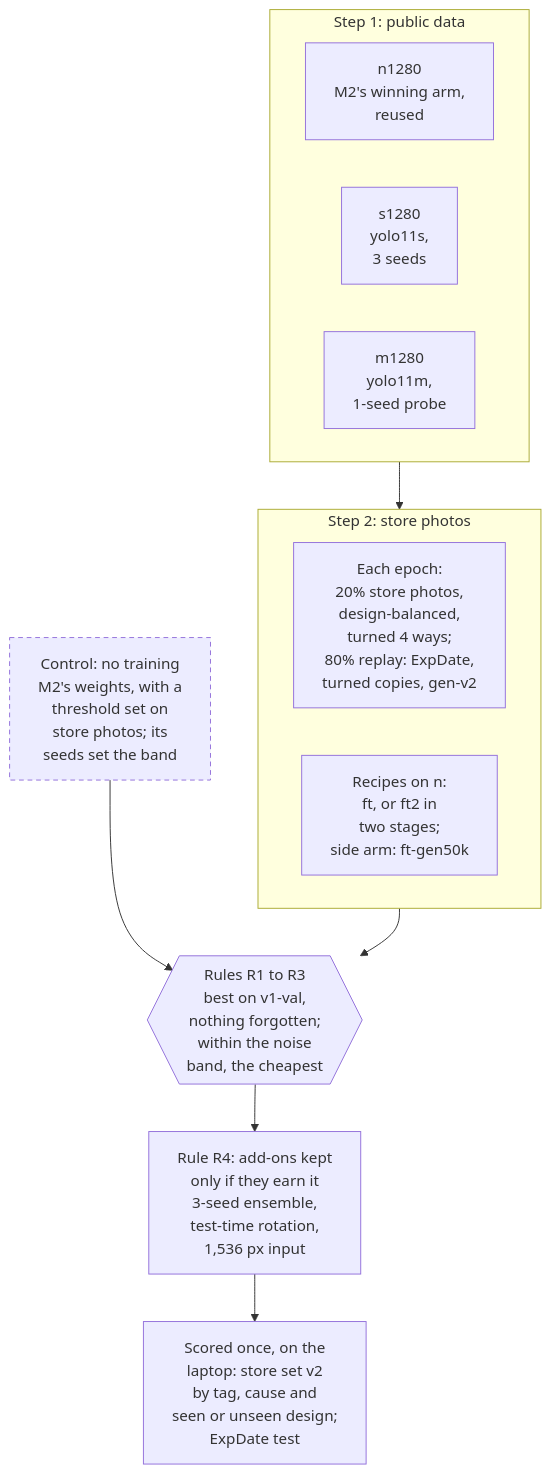
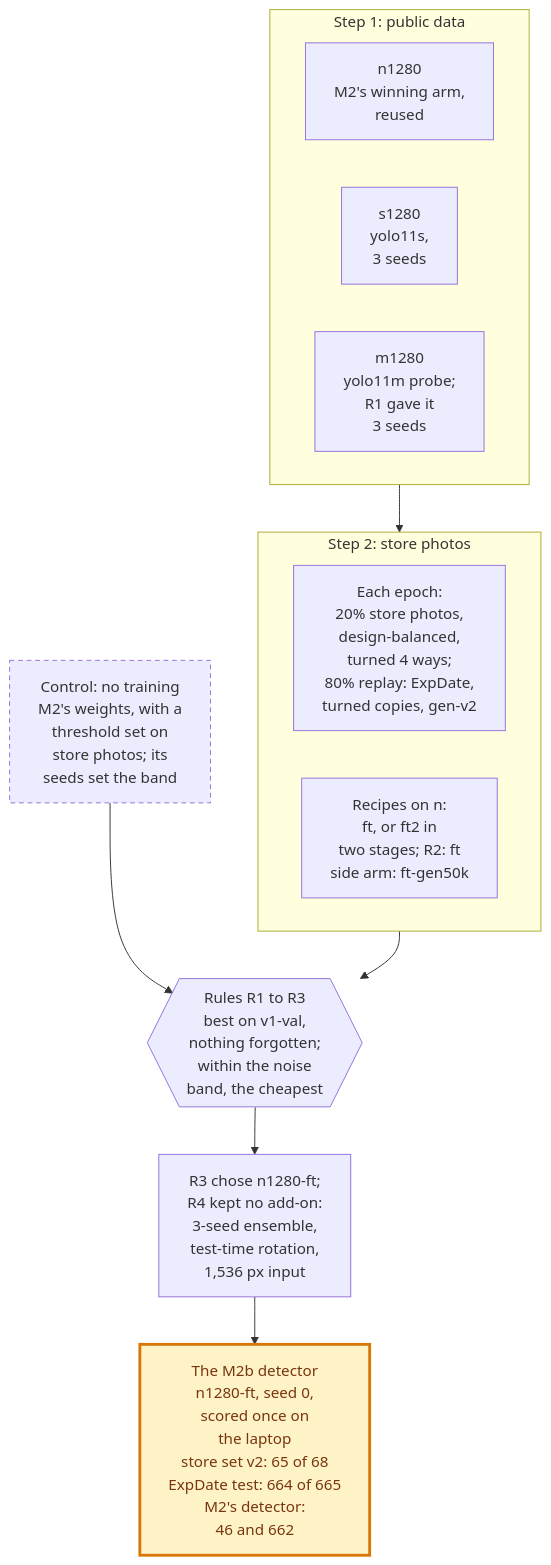
The tenth of 13 diagrams in README.md (aayushroopchandani/bestbefore), drawn with Mermaid before and after one commit. The commit also changed other lines of this file and 4 other files, not shown here.

````diff
--- a/README.md
+++ b/README.md
@@ -587,20 +590,22 @@
 ```mermaid
 flowchart TD
     subgraph step1["Step 1: public data"]
         N1["n1280<br/>M2's winning arm,<br/>reused"]
         S1["s1280<br/>yolo11s,<br/>3 seeds"]
-        M1P["m1280<br/>yolo11m,<br/>1-seed probe"]
+        M1P["m1280<br/>yolo11m probe;<br/>R1 gave it<br/>3 seeds"]
     end
     subgraph step2["Step 2: store photos"]
         MIX["Each epoch:<br/>20% store photos,<br/>design-balanced,<br/>turned 4 ways;<br/>80% replay: ExpDate,<br/>turned copies, gen-v2"]
-        RECIPES["Recipes on n:<br/>ft, or ft2 in<br/>two stages;<br/>side arm: ft-gen50k"]
+        RECIPES["Recipes on n:<br/>ft, or ft2 in<br/>two stages; R2: ft<br/>side arm: ft-gen50k"]
     end
     CTRL["Control: no training<br/>M2's weights, with a<br/>threshold set on<br/>store photos; its<br/>seeds set the band"]
     step1 --> step2
     step2 --> RULES{{"Rules R1 to R3<br/>best on v1-val,<br/>nothing forgotten;<br/>within the noise<br/>band, the cheapest"}}
     CTRL --> RULES
-    RULES --> ADD["Rule R4: add-ons kept<br/>only if they earn it<br/>3-seed ensemble,<br/>test-time rotation,<br/>1,536 px input"]
-    ADD --> FINAL["Scored once, on the<br/>laptop: store set v2<br/>by tag, cause and<br/>seen or unseen design;<br/>ExpDate test"]
+    RULES --> ADD["R3 chose n1280-ft;<br/>R4 kept no add-on:<br/>3-seed ensemble,<br/>test-time rotation,<br/>1,536 px input"]
+    ADD --> FINAL["The M2b detector<br/>n1280-ft, seed 0,<br/>scored once on<br/>the laptop<br/>store set v2: 65 of 68<br/>ExpDate test: 664 of 665<br/>M2's detector:<br/>46 and 662"]
     class CTRL control
+    class FINAL win
     classDef control stroke-dasharray:5 4
+    classDef win fill:#fef3c7,stroke:#d97706,stroke-width:3px,color:#78350f
 ```
````
